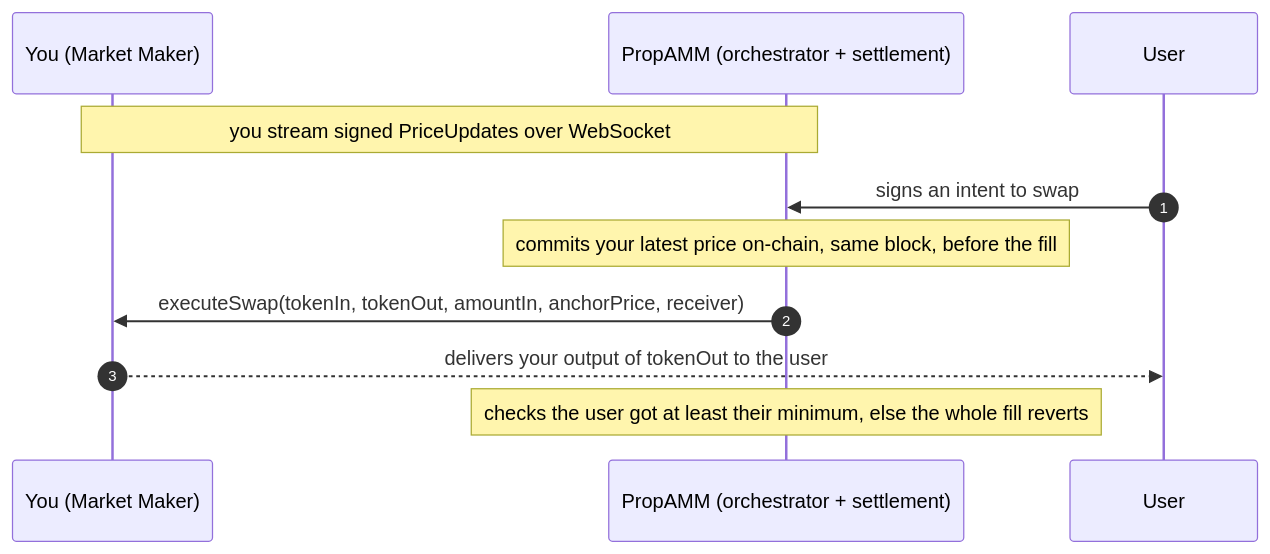
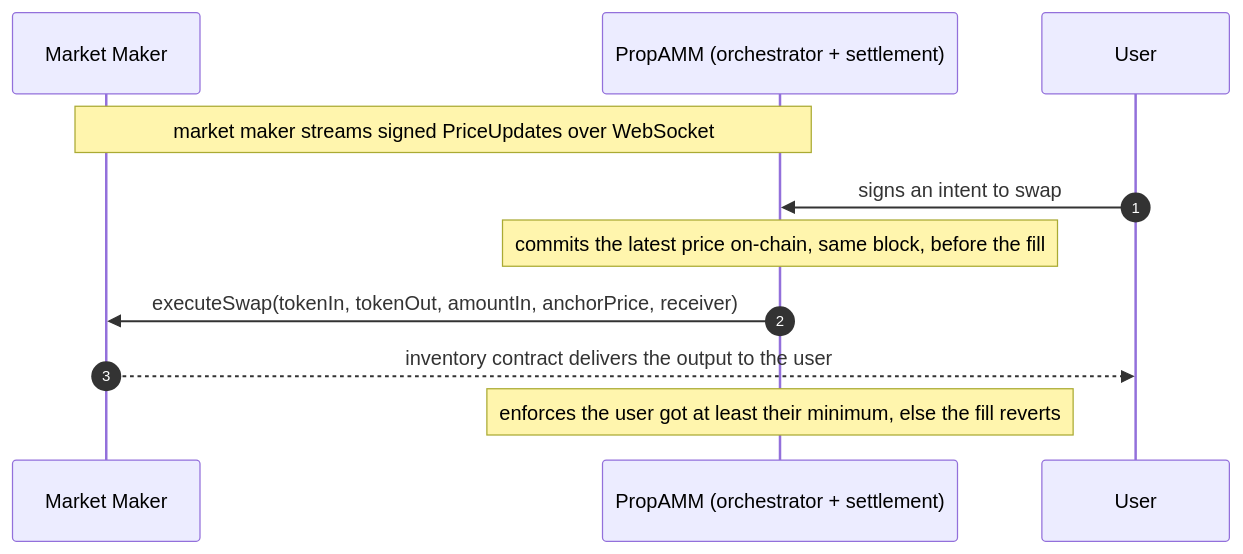
One commit to bcnmy/propamm-protocol-docs changed the diagram in docs/integration.md. Above: the diagram before and after it, drawn with Mermaid. The commit also changed other lines of this file and 2 other files, not shown here.

Commit message:
docs: MM-focused architecture + integration

````diff
--- a/docs/integration.md
+++ b/docs/integration.md
@@ -128,14 +128,14 @@
 ```mermaid
 sequenceDiagram
     autonumber
-    participant MM as You (Market Maker)
+    participant MM as Market Maker
     participant Sys as PropAMM (orchestrator + settlement)
     participant U as User
 
-    Note over MM,Sys: you stream signed PriceUpdates over WebSocket
+    Note over MM,Sys: market maker streams signed PriceUpdates over WebSocket
     U->>Sys: signs an intent to swap
-    Note over Sys: commits your latest price on-chain, same block, before the fill
+    Note over Sys: commits the latest price on-chain, same block, before the fill
     Sys->>MM: executeSwap(tokenIn, tokenOut, amountIn, anchorPrice, receiver)
-    MM-->>U: delivers your output of tokenOut to the user
-    Note over Sys: checks the user got at least their minimum, else the whole fill reverts
+    MM-->>U: inventory contract delivers the output to the user
+    Note over Sys: enforces the user got at least their minimum, else the fill reverts
 ```
````
